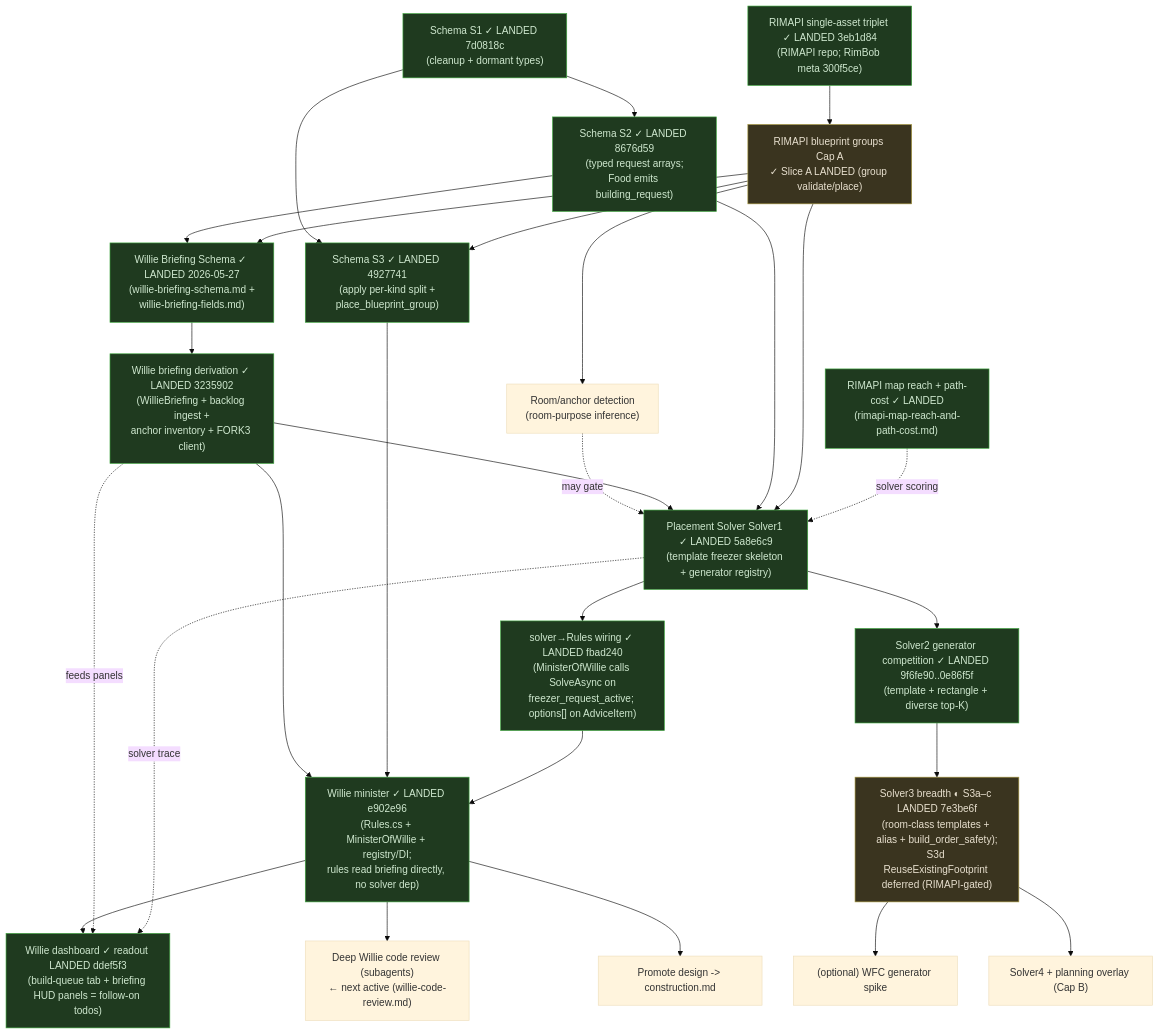
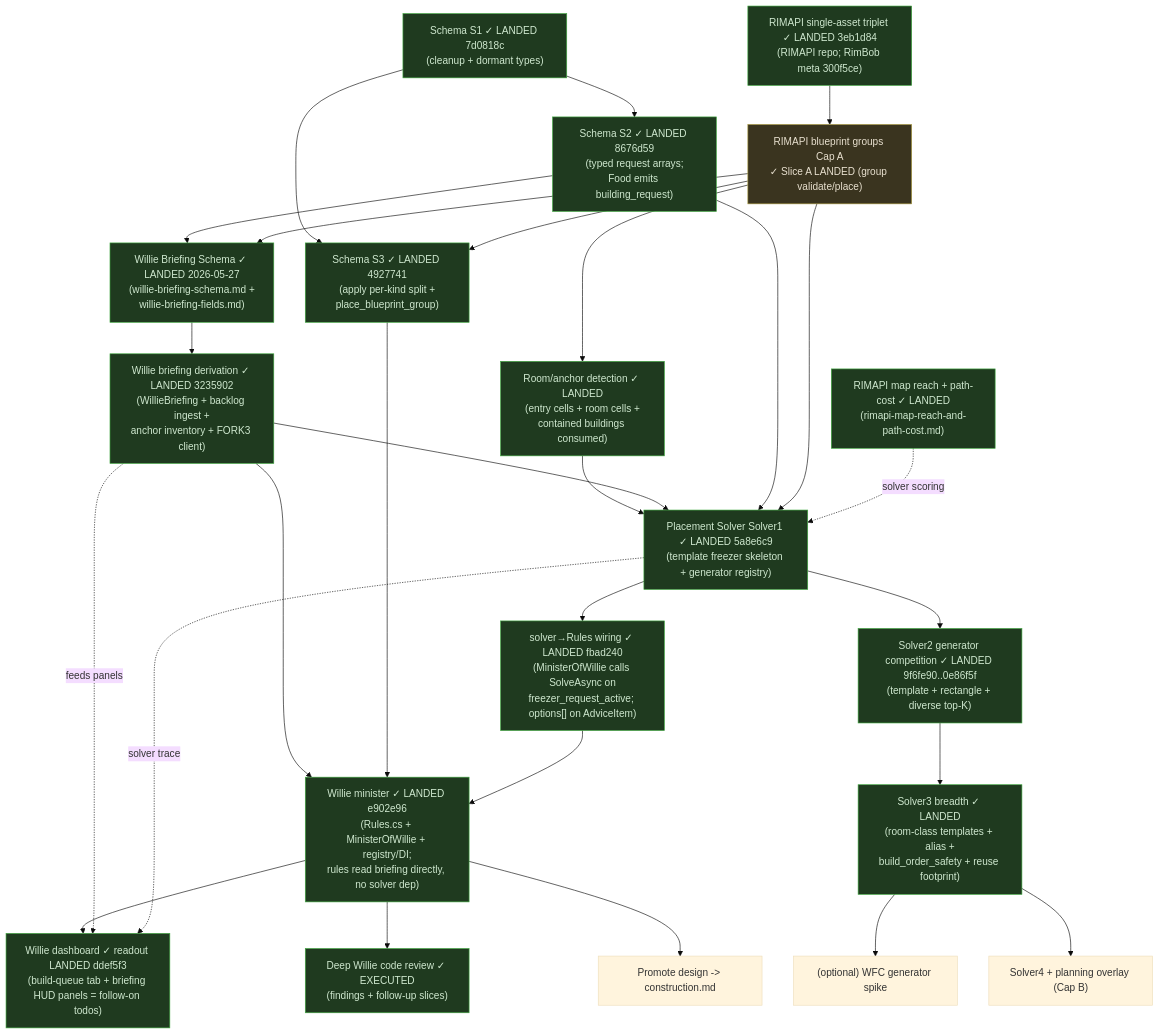
One commit to ocaspi-sc/RimBob changed the diagram in .plans/willie-meta-plan.md. Above: the diagram before and after it, drawn with Mermaid (base theme). The commit also changed other lines of this file and 11 other files, not shown here.

First line of the commit message:
fix(willie): close anchor detection loop

````diff
--- a/.plans/willie-meta-plan.md
+++ b/.plans/willie-meta-plan.md
@@ -160,33 +159,33 @@
 ```mermaid
 flowchart TD
   S1["Schema S1 ✓ LANDED 7d0818c<br/>(cleanup + dormant types)"] --> S2["Schema S2 ✓ LANDED 8676d59<br/>(typed request arrays;<br/>Food emits building_request)"]
   FORK1["RIMAPI single-asset triplet ✓ LANDED 3eb1d84<br/>(RIMAPI repo; RimBob meta 300f5ce)"] --> FORK2["RIMAPI blueprint groups Cap A<br/>✓ Slice A LANDED (group validate/place)"]
   S2 --> SCHEMA["Willie Briefing Schema ✓ LANDED 2026-05-27<br/>(willie-briefing-schema.md +<br/>willie-briefing-fields.md)"]
   FORK2 --> SCHEMA
-  FORK2 --> ROOM["Room/anchor detection<br/>(room-purpose inference)"]
-  ROOM -.may gate.-> Solver1
+  FORK2 --> ROOM["Room/anchor detection ✓ LANDED<br/>(entry cells + room cells +<br/>contained buildings consumed)"]
+  ROOM --> Solver1
   SCHEMA --> DERIV["Willie briefing derivation ✓ LANDED 3235902<br/>(WillieBriefing + backlog ingest +<br/>anchor inventory + FORK3 client)"]
   DERIV --> Solver1["Placement Solver Solver1 ✓ LANDED 5a8e6c9<br/>(template freezer skeleton + generator registry)"]
   S2 --> Solver1
   FORK2 --> Solver1
   FORK3["RIMAPI map reach + path-cost ✓ LANDED<br/>(rimapi-map-reach-and-path-cost.md)"] -.solver scoring.-> Solver1
   DERIV --> WILLIE["Willie minister ✓ LANDED e902e96<br/>(Rules.cs + MinisterOfWillie + registry/DI;<br/>rules read briefing directly, no solver dep)"]
   S1 --> S3["Schema S3 ✓ LANDED 4927741<br/>(apply per-kind split +<br/>place_blueprint_group)"]
   FORK2 --> S3
   S3 --> WILLIE
   Solver1 --> WIRE["solver→Rules wiring ✓ LANDED fbad240<br/>(MinisterOfWillie calls SolveAsync on<br/>freezer_request_active; options[] on AdviceItem)"]
   WIRE --> WILLIE
   WILLIE --> DASH["Willie dashboard ✓ readout LANDED ddef5f3<br/>(build-queue tab + briefing HUD panels = follow-on todos)"]
   DERIV -.feeds panels.-> DASH
   Solver1 -.solver trace.-> DASH
-  Solver1 --> Solver2["Solver2 generator competition ✓ LANDED 9f6fe90..0e86f5f<br/>(template + rectangle + diverse top-K)"] --> Solver3["Solver3 breadth ◐ S3a–c LANDED 7e3be6f<br/>(room-class templates + alias + build_order_safety);<br/>S3d ReuseExistingFootprint deferred (RIMAPI-gated)"]
-  WILLIE --> REVIEW["Deep Willie code review (subagents)<br/>← next active (willie-code-review.md)"]
+  Solver1 --> Solver2["Solver2 generator competition ✓ LANDED 9f6fe90..0e86f5f<br/>(template + rectangle + diverse top-K)"] --> Solver3["Solver3 breadth ✓ LANDED<br/>(room-class templates + alias +<br/>build_order_safety + reuse footprint)"]
+  WILLIE --> REVIEW["Deep Willie code review ✓ EXECUTED<br/>(findings + follow-up slices)"]
   WILLIE --> PROMOTE["Promote design -> construction.md"]
   Solver3 --> WFC["(optional) WFC generator spike"]
   Solver3 --> SOLVER4B["Solver4 + planning overlay (Cap B)"]
 
   classDef done fill:#1f3a1f,stroke:#3fa83f,color:#cfe8cf;
-  class S1,S2,S3,FORK1,FORK3,SCHEMA,DERIV,WILLIE,DASH,Solver1,Solver2,WIRE done;
+  class S1,S2,S3,FORK1,FORK3,SCHEMA,DERIV,ROOM,WILLIE,DASH,Solver1,Solver2,Solver3,WIRE,REVIEW done;
   classDef partial fill:#3a341f,stroke:#a8993f,color:#e8e0cf;
-  class FORK2,Solver3 partial;
+  class FORK2 partial;
 ```
````
